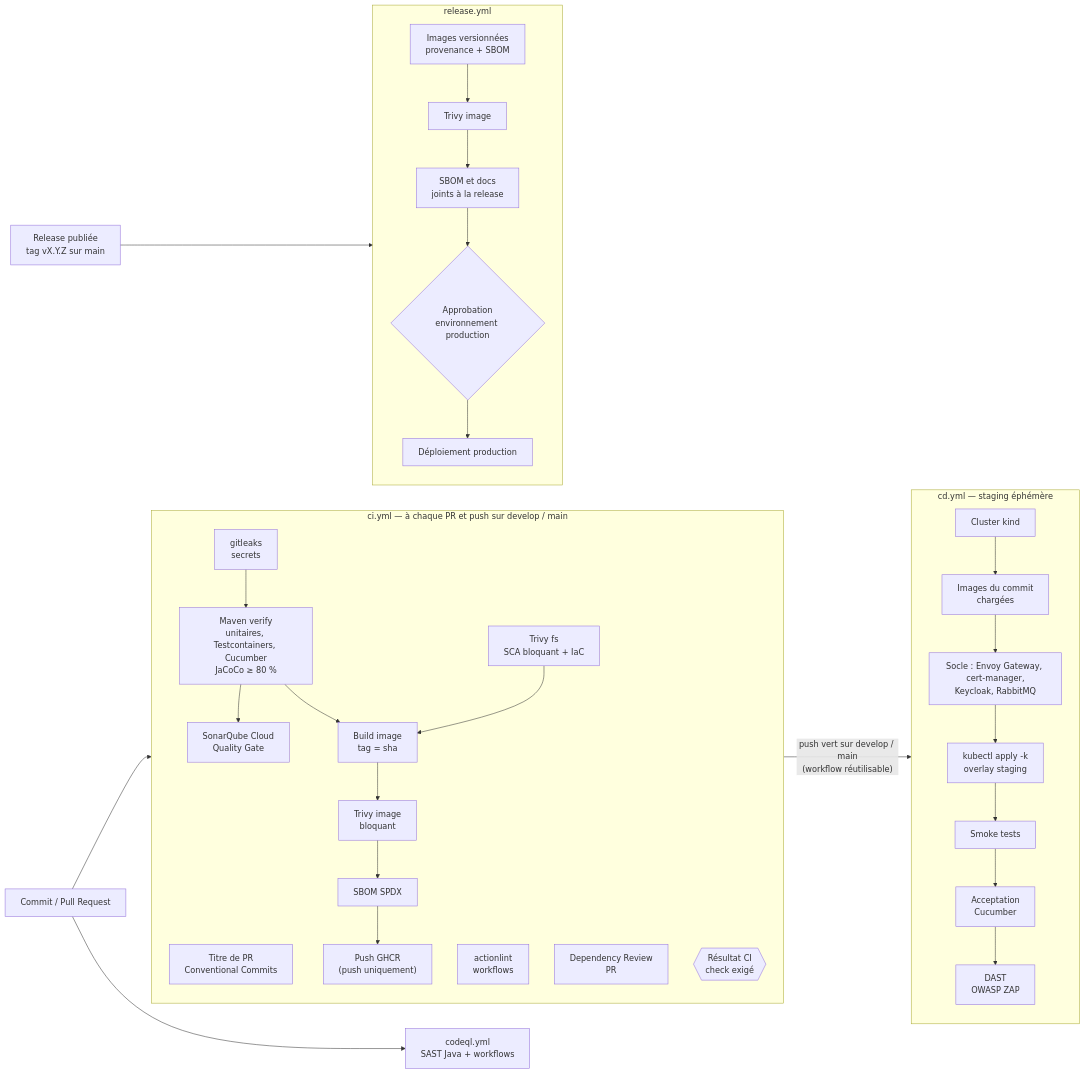
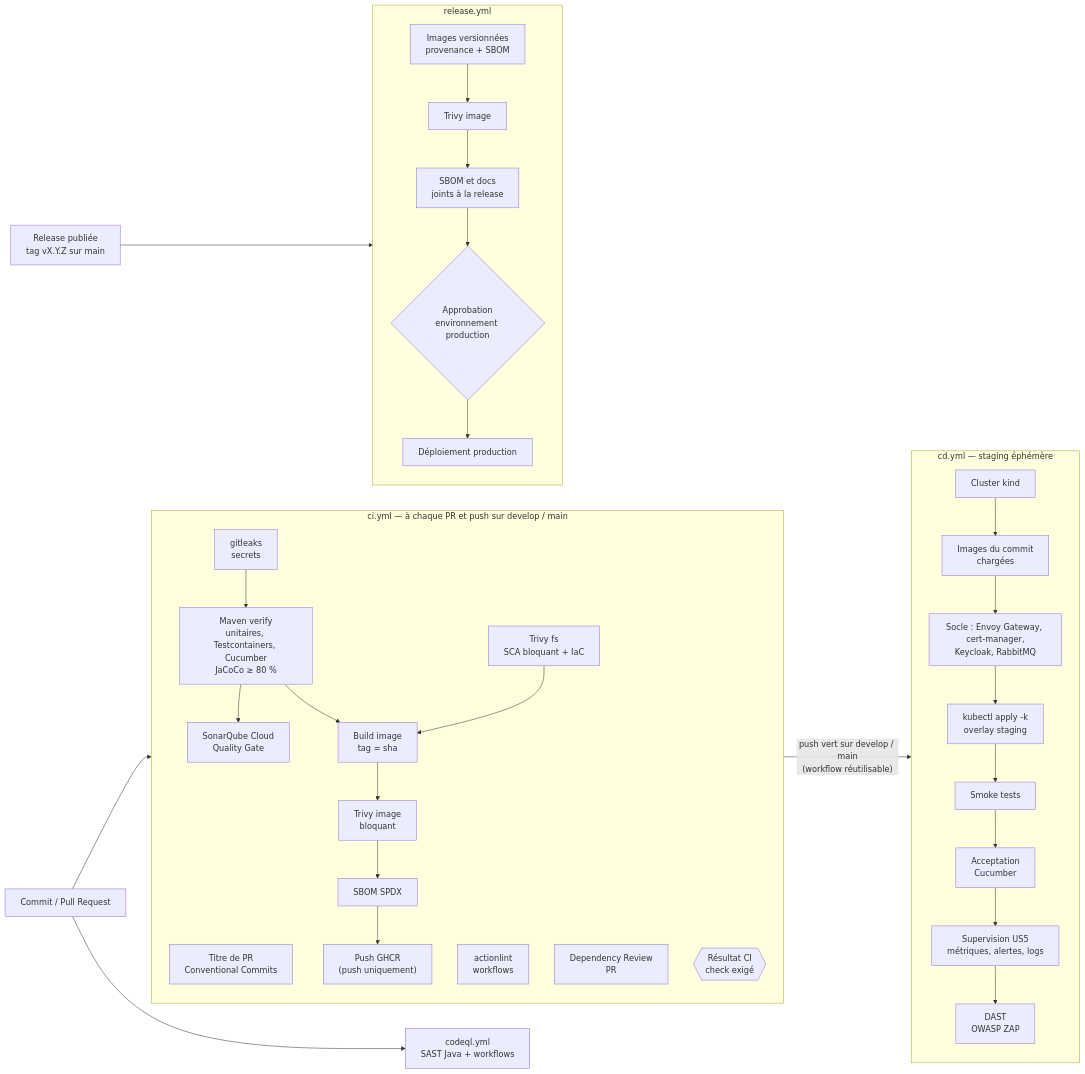
Before and after one commit to mbanzaroger/petitemaisonepouvante: the diagram in docs/02-cicd-pipeline.md, drawn with Mermaid. The commit also changed other lines of this file and 3 other files, not shown here.

First line of the commit message:
ci(cd): installation et vérification de la supervision en staging (US5)

````diff
--- a/docs/02-cicd-pipeline.md
+++ b/docs/02-cicd-pipeline.md
@@ -7,34 +7,34 @@
 ```mermaid
 flowchart LR
     DEV["Commit / Pull Request"] --> CI
     subgraph CI["ci.yml — à chaque PR et push sur develop / main"]
         direction TB
         C0["Titre de PR<br/>Conventional Commits"]
         C1["actionlint<br/>workflows"]
         C2["gitleaks<br/>secrets"]
         C3["Trivy fs<br/>SCA bloquant + IaC"]
         C4["Dependency Review<br/>PR"]
         C5["Maven verify<br/>unitaires, Testcontainers, Cucumber<br/>JaCoCo ≥ 80 %"]
         C6["SonarQube Cloud<br/>Quality Gate"]
         C7["Build image<br/>tag = sha"]
         C8["Trivy image<br/>bloquant"]
         C9["SBOM SPDX"]
         C10["Push GHCR<br/>(push uniquement)"]
         C2 --> C5 --> C6
         C3 --> C7
         C5 --> C7 --> C8 --> C9 --> C10
         OK{{"Résultat CI<br/>check exigé"}}
     end
     DEV --> Q["codeql.yml<br/>SAST Java + workflows"]
     CI -->|"push vert sur develop / main<br/>(workflow réutilisable)"| CD
     subgraph CD["cd.yml — staging éphémère"]
         direction TB
-        D1["Cluster kind"] --> D2["Images du commit<br/>chargées"] --> D3["Socle : Envoy Gateway, cert-manager,<br/>Keycloak, RabbitMQ"] --> D4["kubectl apply -k<br/>overlay staging"] --> D5["Smoke tests"] --> D7["Acceptation<br/>Cucumber"] --> D6["DAST<br/>OWASP ZAP"]
+        D1["Cluster kind"] --> D2["Images du commit<br/>chargées"] --> D3["Socle : Envoy Gateway, cert-manager,<br/>Keycloak, RabbitMQ"] --> D4["kubectl apply -k<br/>overlay staging"] --> D5["Smoke tests"] --> D7["Acceptation<br/>Cucumber"] --> D8["Supervision US5<br/>métriques, alertes, logs"] --> D6["DAST<br/>OWASP ZAP"]
     end
     REL["Release publiée<br/>tag vX.Y.Z sur main"] --> R
     subgraph R["release.yml"]
         direction TB
         R1["Images versionnées<br/>provenance + SBOM"] --> R2["Trivy image"] --> R3["SBOM et docs<br/>joints à la release"]
         R3 --> R4{"Approbation<br/>environnement production"} --> R5["Déploiement production"]
     end
 ```
````
